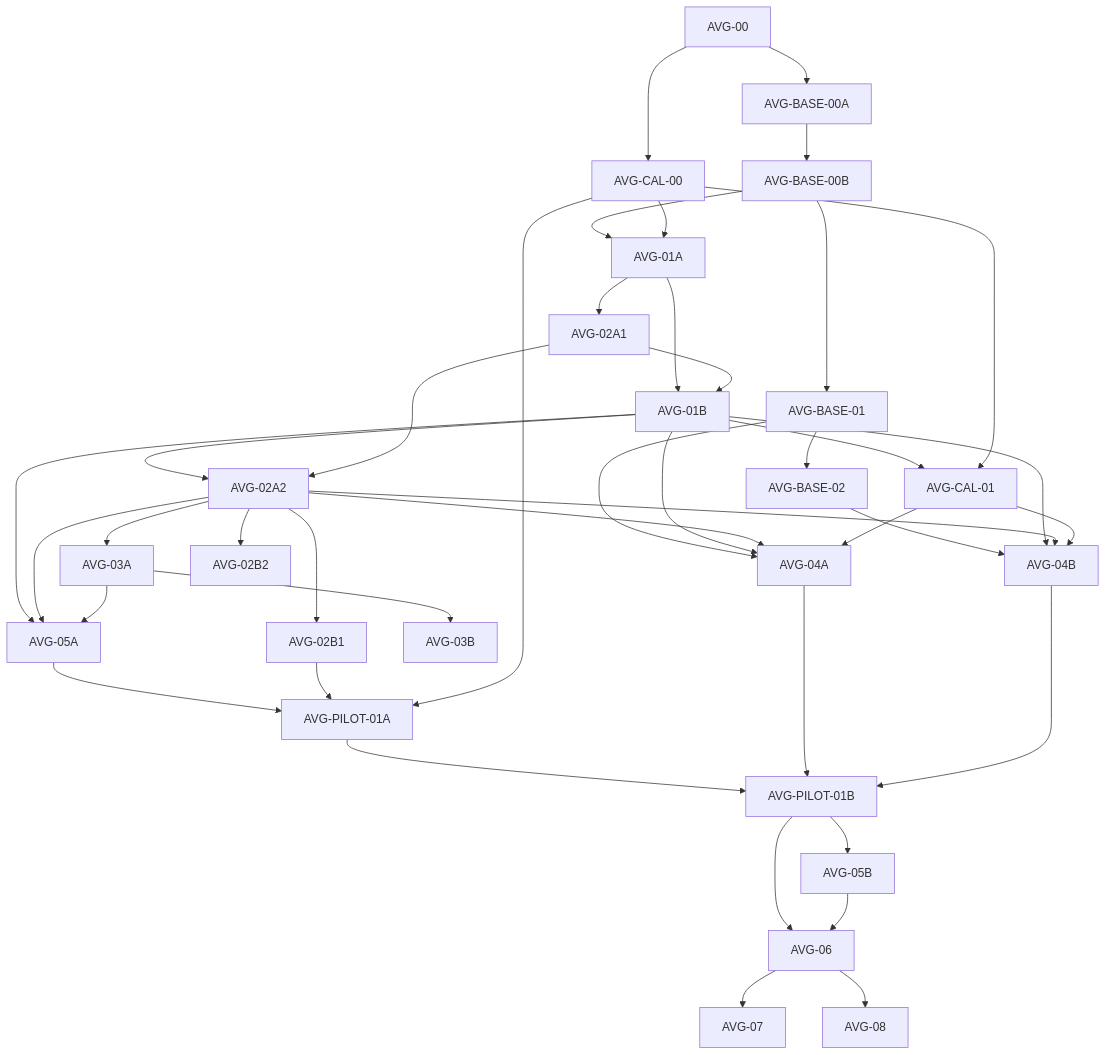
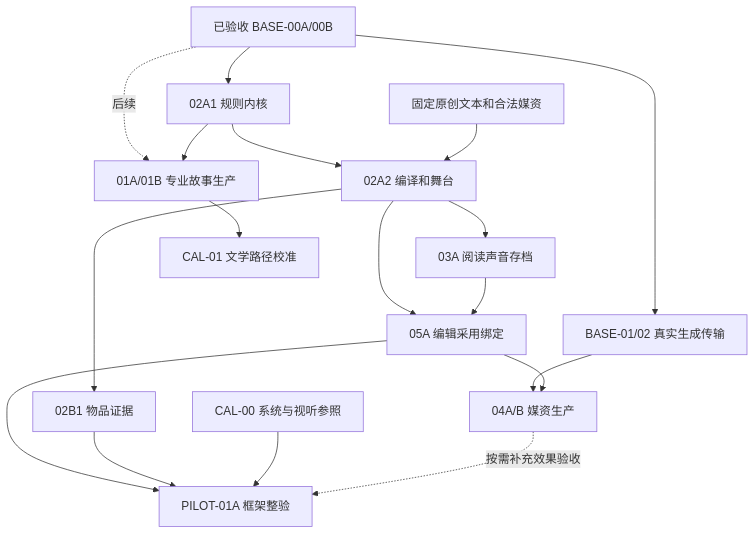
One commit to jiweigithub/storyforge changed the diagram in docs/roadmap/AVG-IMPLEMENTATION-PLAN.md. Above: the diagram before and after it, drawn with Mermaid. The commit also changed other lines of this file and 10 other files, not shown here.

````diff
--- a/docs/roadmap/AVG-IMPLEMENTATION-PLAN.md
+++ b/docs/roadmap/AVG-IMPLEMENTATION-PLAN.md
@@ -112,43 +110,20 @@
 ```mermaid
 flowchart TD
-  D[AVG-00] --> R[AVG-CAL-00]
-  D --> B0[AVG-BASE-00A]
-  B0 --> B1[AVG-BASE-00B]
-  B1 --> C0[AVG-01A]
-  R --> C0
-  C0 --> S0[AVG-02A1]
-  C0 --> C1[AVG-01B]
-  S0 --> C1
-  C1 --> K[AVG-CAL-01]
-  R --> K
-  C1 --> S1[AVG-02A2]
-  S0 --> S1
-  S1 --> I[AVG-02B1]
-  S1 --> P[AVG-03A]
-  C1 --> W0[AVG-05A]
-  S1 --> W0
-  P --> W0
-  W0 --> T0[AVG-PILOT-01A]
-  I --> T0
-  R --> T0
-  B1 --> M0[AVG-BASE-01]
-  M0 --> M1[AVG-BASE-02]
-  M0 --> V[AVG-04A]
-  C1 --> V
-  S1 --> V
-  K --> V
-  M1 --> A[AVG-04B]
-  C1 --> A
-  S1 --> A
-  K --> A
-  T0 --> T1[AVG-PILOT-01B]
-  V --> T1
-  A --> T1
-  T1 --> W1[AVG-05B]
-  T1 --> Q[AVG-06]
-  W1 --> Q
-  P --> G[AVG-03B]
-  S1 --> O[AVG-02B2]
-  Q --> E[AVG-07]
-  Q --> L[AVG-08]
+  B[已验收 BASE-00A/00B] --> S0[02A1 规则内核]
+  S0 --> S1[02A2 编译和舞台]
+  F[固定原创文本和合法媒资] --> S1
+  S1 --> P[03A 阅读声音存档]
+  S1 --> I[02B1 物品证据]
+  S1 --> W[05A 编辑采用绑定]
+  P --> W
+  W --> T[PILOT-01A 框架整验]
+  I --> T
+  R[CAL-00 系统与视听参照] --> T
+  B --> M[BASE-01/02 真实生成传输]
+  M --> A[04A/B 媒资生产]
+  W --> A
+  A -. 按需补充效果验收 .-> T
+  B -. 后续 .-> C[01A/01B 专业故事生产]
+  S0 --> C
+  C --> K[CAL-01 文学路径校准]
 ```
````
